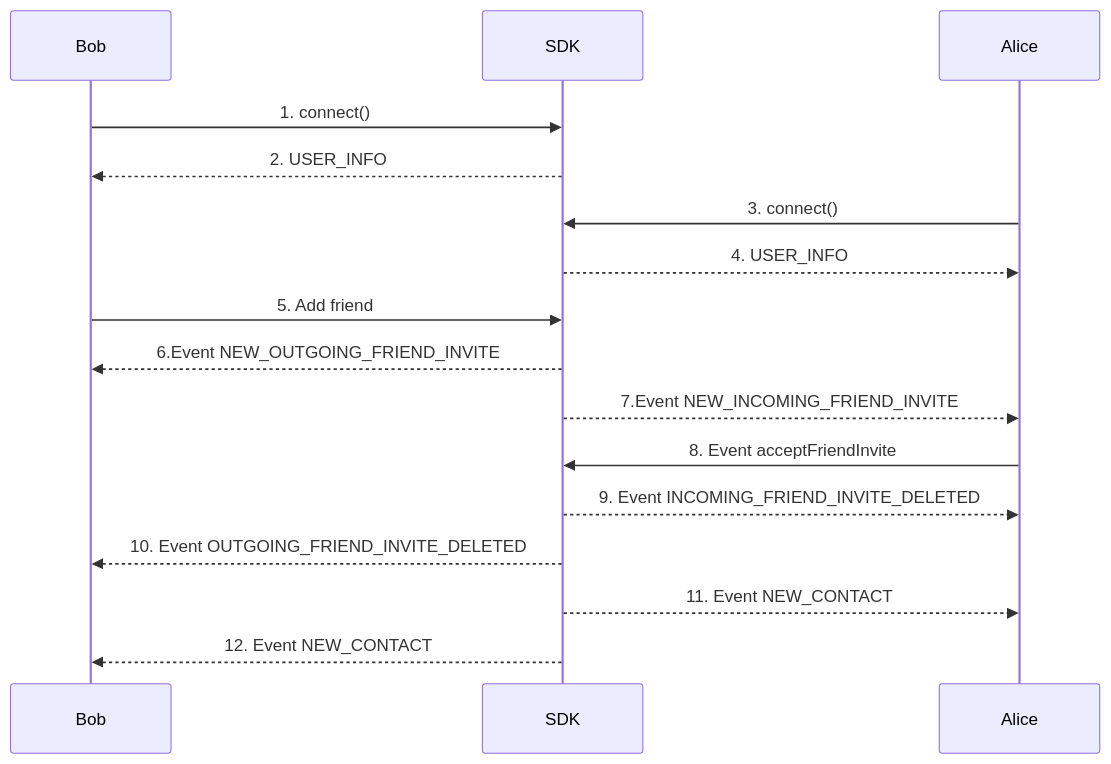
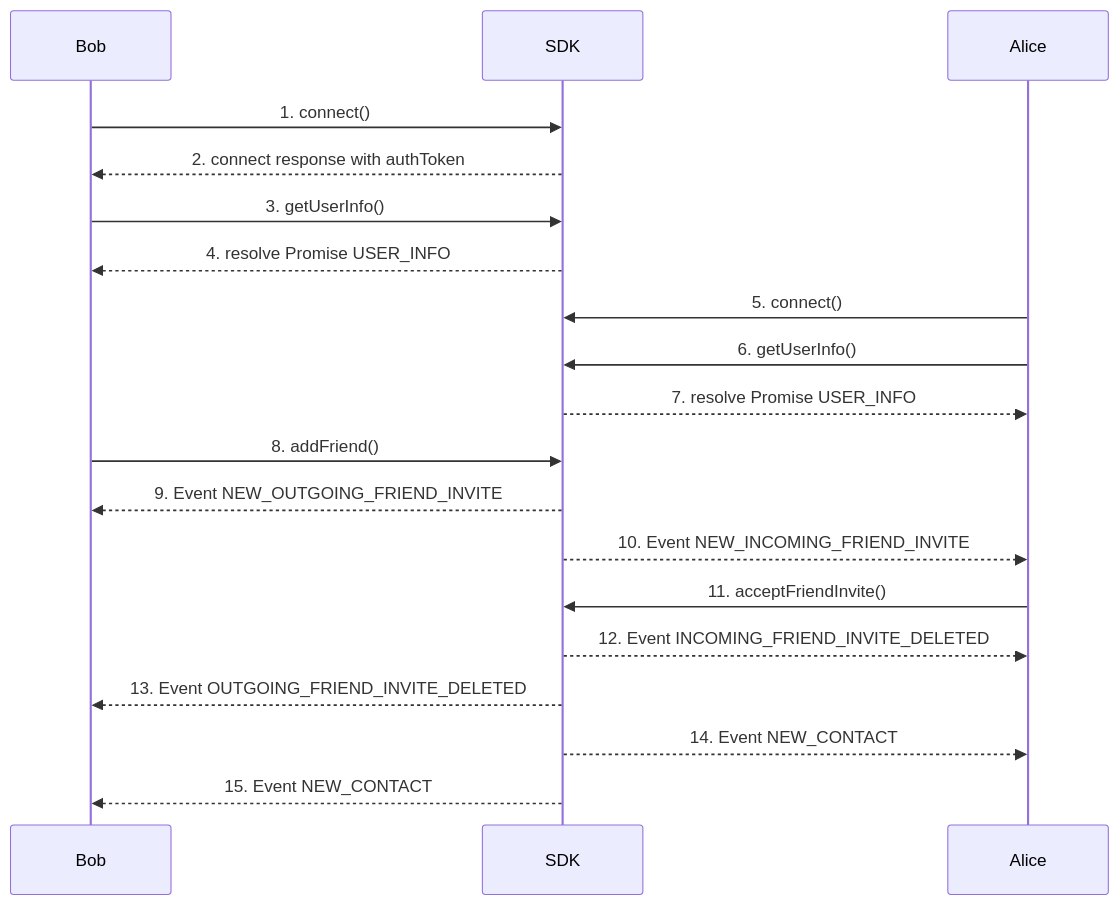
One commit to flashphoner/MessengerSDK changed the diagram in src/components/containers/friends/docs/Friends.md. Above: the diagram before and after it, drawn with Mermaid. The commit also changed other lines of this file and 17 other files, not shown here.

````diff
--- a/src/components/containers/friends/docs/Friends.md
+++ b/src/components/containers/friends/docs/Friends.md
@@ -3,19 +3,22 @@
 ```mermaid
 sequenceDiagram
     participant Bob
     participant SDK
     participant Alice
     
     Bob ->> SDK: 1. connect()
-    SDK -->> Bob: 2. USER_INFO
-    Alice ->> SDK: 3. connect()
-    SDK -->> Alice: 4. USER_INFO
-    Bob ->> SDK: 5. Add friend
-    SDK -->> Bob: 6.Event NEW_OUTGOING_FRIEND_INVITE
-    SDK -->> Alice: 7.Event  NEW_INCOMING_FRIEND_INVITE
-    Alice ->> SDK: 8. Event acceptFriendInvite
-    SDK -->> Alice: 9. Event INCOMING_FRIEND_INVITE_DELETED
-    SDK -->> Bob: 10. Event OUTGOING_FRIEND_INVITE_DELETED
-    SDK -->> Alice: 11. Event NEW_CONTACT
-    SDK -->> Bob: 12. Event NEW_CONTACT
+    SDK -->> Bob: 2. connect response with authToken
+    Bob ->> SDK: 3. getUserInfo()
+    SDK -->> Bob: 4. resolve Promise USER_INFO
+    Alice ->> SDK: 5. connect()
+    Alice ->> SDK: 6. getUserInfo()
+    SDK -->> Alice: 7. resolve Promise USER_INFO
+    Bob ->> SDK: 8. addFriend()
+    SDK -->> Bob: 9. Event NEW_OUTGOING_FRIEND_INVITE
+    SDK -->> Alice: 10. Event  NEW_INCOMING_FRIEND_INVITE
+    Alice ->> SDK: 11. acceptFriendInvite()
+    SDK -->> Alice: 12. Event INCOMING_FRIEND_INVITE_DELETED
+    SDK -->> Bob: 13. Event OUTGOING_FRIEND_INVITE_DELETED
+    SDK -->> Alice: 14. Event NEW_CONTACT
+    SDK -->> Bob: 15. Event NEW_CONTACT
 ```
````
